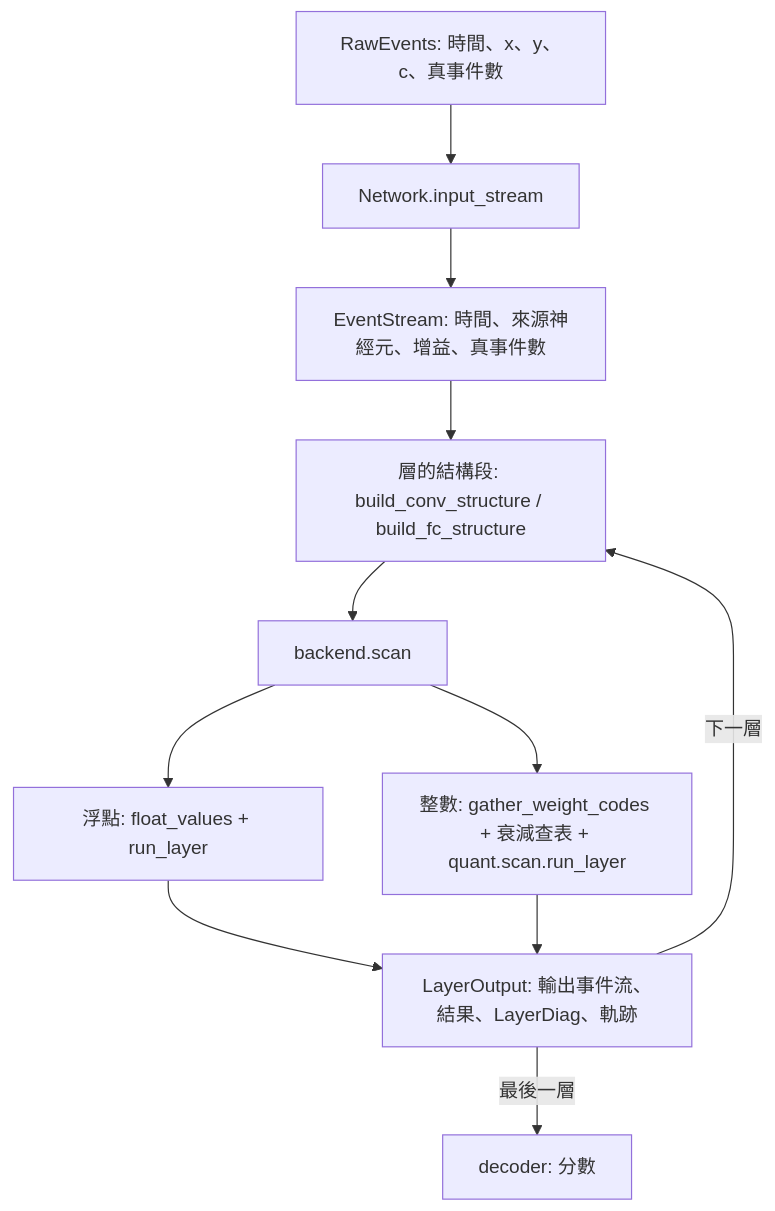
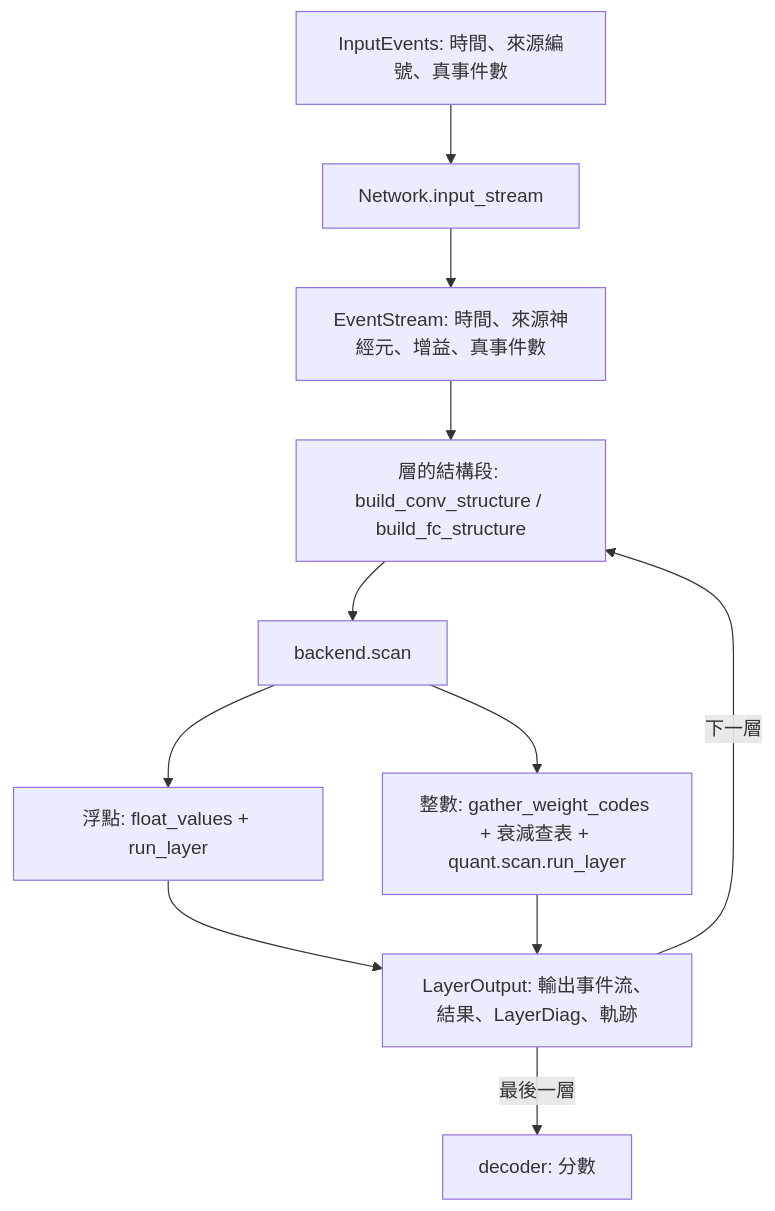
The first of 2 diagrams in docs/架構.md (Salt-Shio/Spiking-Affine-Lazy-Training), drawn with Mermaid before and after one commit. The commit also changed other lines of this file and 34 other files, not shown here.

First line of the commit message:
網路入口不綁圖片、通用組裝器 Network.build、config 分組

````diff
--- a/docs/架構.md
+++ b/docs/架構.md
@@ -22,13 +22,13 @@
 ```mermaid
 flowchart TD
-    RAW["RawEvents: 時間、x、y、c、真事件數"] --> IN["Network.input_stream"]
+    RAW["InputEvents: 時間、來源編號、真事件數"] --> IN["Network.input_stream"]
     IN --> ES["EventStream: 時間、來源神經元、增益、真事件數"]
     ES --> ST["層的結構段: build_conv_structure / build_fc_structure"]
     ST --> BK["backend.scan"]
     BK --> FB["浮點: float_values + run_layer"]
     BK --> QB["整數: gather_weight_codes + 衰減查表 + quant.scan.run_layer"]
     FB --> OUT["LayerOutput: 輸出事件流、結果、LayerDiag、軌跡"]
     QB --> OUT
     OUT -->|"下一層"| ST
     OUT -->|"最後一層"| DEC["decoder: 分數"]
 ```
````
